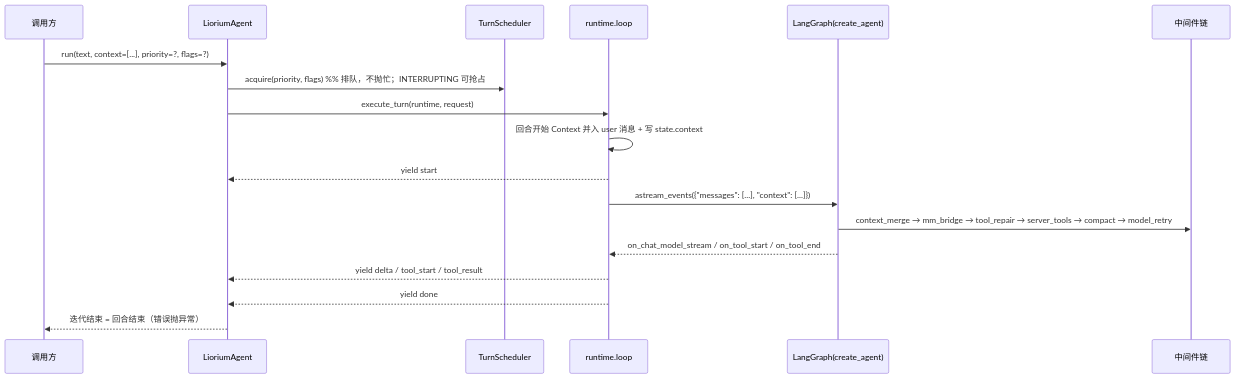
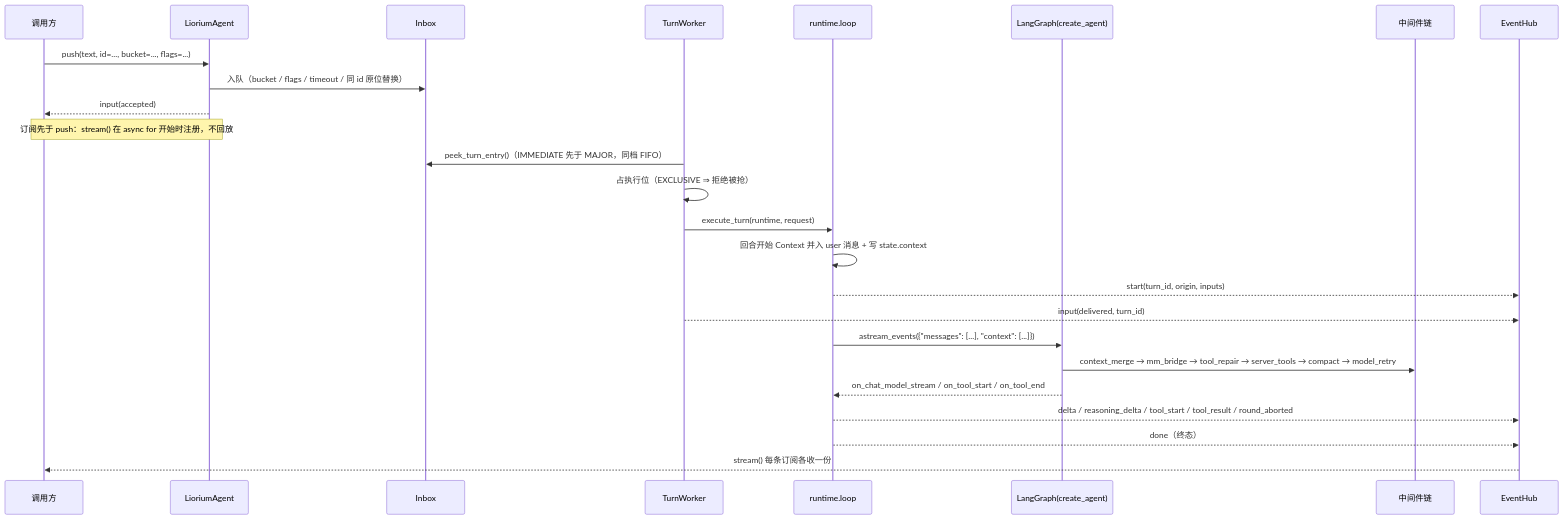
Before and after one commit to liwusen/liorium-framework: the second of 5 diagrams in docs/ARCHITECTURE.md, drawn with Mermaid. The commit also changed other lines of this file and 126 other files, not shown here.

````diff
--- a/docs/ARCHITECTURE.md
+++ b/docs/ARCHITECTURE.md
@@ -94,21 +106,28 @@
 ```mermaid
 sequenceDiagram
     participant H as 调用方
     participant A as LioriumAgent
-    participant S as TurnScheduler
+    participant I as Inbox
+    participant W as TurnWorker
     participant L as runtime.loop
     participant G as LangGraph(create_agent)
     participant M as 中间件链
+    participant E as EventHub
 
-    H->>A: run(text, context=[...], priority=?, flags=?)
-    A->>S: acquire(priority, flags)    %% 排队，不抛忙；INTERRUPTING 可抢占
-    A->>L: execute_turn(runtime, request)
+    H->>A: push(text, id=..., bucket=..., flags=...)
+    A->>I: 入队（bucket / flags / timeout / 同 id 原位替换）
+    A-->>H: input(accepted)
+    Note over H,A: 订阅先于 push：stream() 在 async for 开始时注册，不回放
+    W->>I: peek_turn_entry()（IMMEDIATE 先于 MAJOR，同档 FIFO）
+    W->>W: 占执行位（EXCLUSIVE ⇒ 拒绝被抢）
+    W->>L: execute_turn(runtime, request)
     L->>L: 回合开始 Context 并入 user 消息 + 写 state.context
-    L-->>A: yield start
+    L-->>E: start(turn_id, origin, inputs)
+    W-->>E: input(delivered, turn_id)
     L->>G: astream_events({"messages": [...], "context": [...]})
     G->>M: context_merge → mm_bridge → tool_repair → server_tools → compact → model_retry
     G-->>L: on_chat_model_stream / on_tool_start / on_tool_end
-    L-->>A: yield delta / tool_start / tool_result
-    L-->>A: yield done
-    A-->>H: 迭代结束 = 回合结束（错误抛异常）
+    L-->>E: delta / reasoning_delta / tool_start / tool_result / round_aborted
+    L-->>E: done（终态）
+    E-->>H: stream() 每条订阅各收一份
 ```
````
